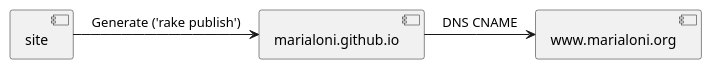
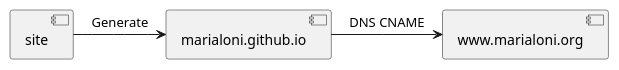
The diagram in marialoni.iuml (rednaw/site), drawn with PlantUML before and after one commit.

```diff
--- a/marialoni.iuml
+++ b/marialoni.iuml
@@ -1,8 +1,8 @@
 @startuml
 [site]
 [marialoni.github.io]
 [www.marialoni.org]
 
-site -> marialoni.github.io : Generate ('rake publish')
+site -> marialoni.github.io : Generate
 marialoni.github.io -> www.marialoni.org : DNS CNAME
 @enduml
```
